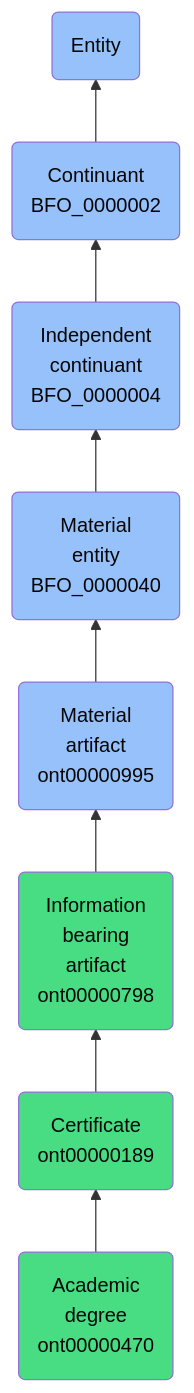
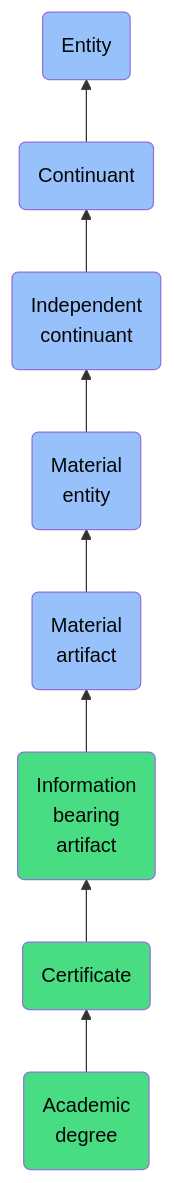
Before and after one commit to jupyter-naas/abi: the diagram in docs/ontology/reference/model/Entity/Continuant/Independent continuant/Material entity/Material artifact/Information bearing artifact/Certificate/Academic degree/Academic degree.md, drawn with Mermaid. The commit also changed other lines of this file and 1430 other files, not shown here.

````diff
--- a/docs/ontology/reference/model/Entity/Continuant/Independent continuant/Material entity/Material artifact/Information bearing artifact/Certificate/Academic degree/Academic degree.md
+++ b/docs/ontology/reference/model/Entity/Continuant/Independent continuant/Material entity/Material artifact/Information bearing artifact/Certificate/Academic degree/Academic degree.md
@@ -24,15 +24,15 @@
 ```mermaid
 graph BT
-    ont00000470(Academic<br>degree<br>ont00000470):::ABI-->ont00000189
-    ont00000189(Certificate<br>ont00000189):::ABI-->ont00000798
-    ont00000798(Information<br>bearing<br>artifact<br>ont00000798):::ABI-->ont00000995
-    ont00000995(Material<br>artifact<br>ont00000995):::BFO-->BFO_0000040
-    BFO_0000040(Material<br>entity<br>BFO_0000040):::BFO-->BFO_0000004
-    BFO_0000004(Independent<br>continuant<br>BFO_0000004):::BFO-->BFO_0000002
-    BFO_0000002(Continuant<br>BFO_0000002):::BFO-->BFO_0000001
+    ont00000470(Academic<br>degree):::ABI-->ont00000189
+    ont00000189(Certificate):::ABI-->ont00000798
+    ont00000798(Information<br>bearing<br>artifact):::ABI-->ont00000995
+    ont00000995(Material<br>artifact):::BFO-->BFO_0000040
+    BFO_0000040(Material<br>entity):::BFO-->BFO_0000004
+    BFO_0000004(Independent<br>continuant):::BFO-->BFO_0000002
+    BFO_0000002(Continuant):::BFO-->BFO_0000001
     BFO_0000001(Entity):::BFO
     
     classDef BFO fill:#97c1fb,color:#060606
     classDef CCO fill:#e4c51e,color:#060606
     classDef ABI fill:#48DD82,color:#060606
 ```
````
